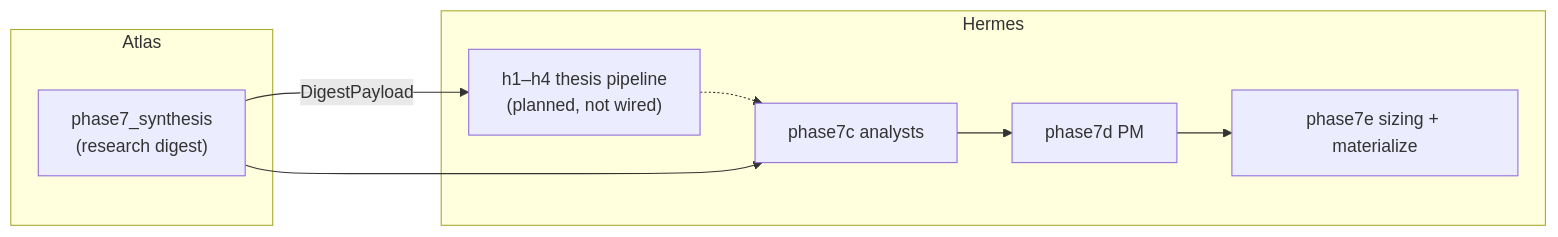
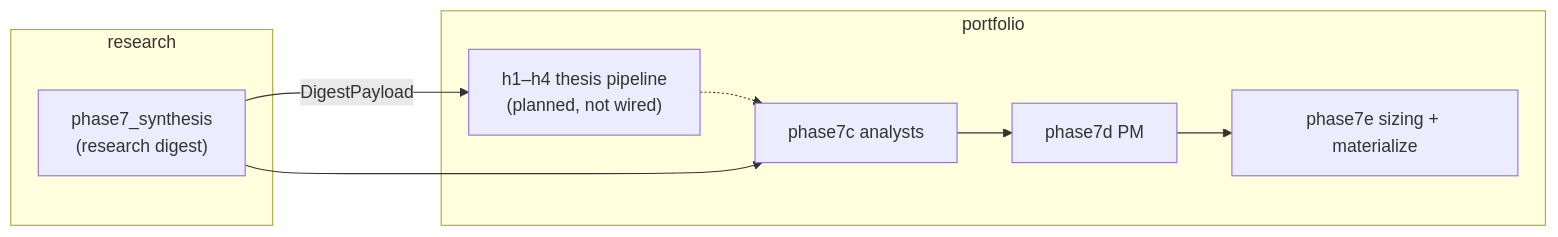
One commit to digithings-ai/digithings changed the diagram in digiquant/src/digiquant/research/docs/agentic/ARCHITECTURE.md. Above: the diagram before and after it, drawn with Mermaid. The commit also changed other lines of this file and 798 other files, not shown here.

First line of the commit message:
refactor(digiquant): strip live Olympus/Hermes/Atlas/Kairos names (#3434)

````diff
--- a/digiquant/src/digiquant/research/docs/agentic/ARCHITECTURE.md
+++ b/digiquant/src/digiquant/research/docs/agentic/ARCHITECTURE.md
@@ -762,15 +762,15 @@
 ```mermaid
 flowchart LR
-  subgraph Atlas["Atlas"]
+  subgraph research["research"]
     A7["phase7_synthesis<br/>(research digest)"]
   end
-  subgraph Hermes["Hermes"]
+  subgraph portfolio["portfolio"]
     H["h1–h4 thesis pipeline<br/>(planned, not wired)"]
     C["phase7c analysts"]
     D["phase7d PM"]
     E["phase7e sizing + materialize"]
     H -.-> C --> D --> E
   end
   A7 -->|"DigestPayload"| H
   A7 --> C
 ```
````
